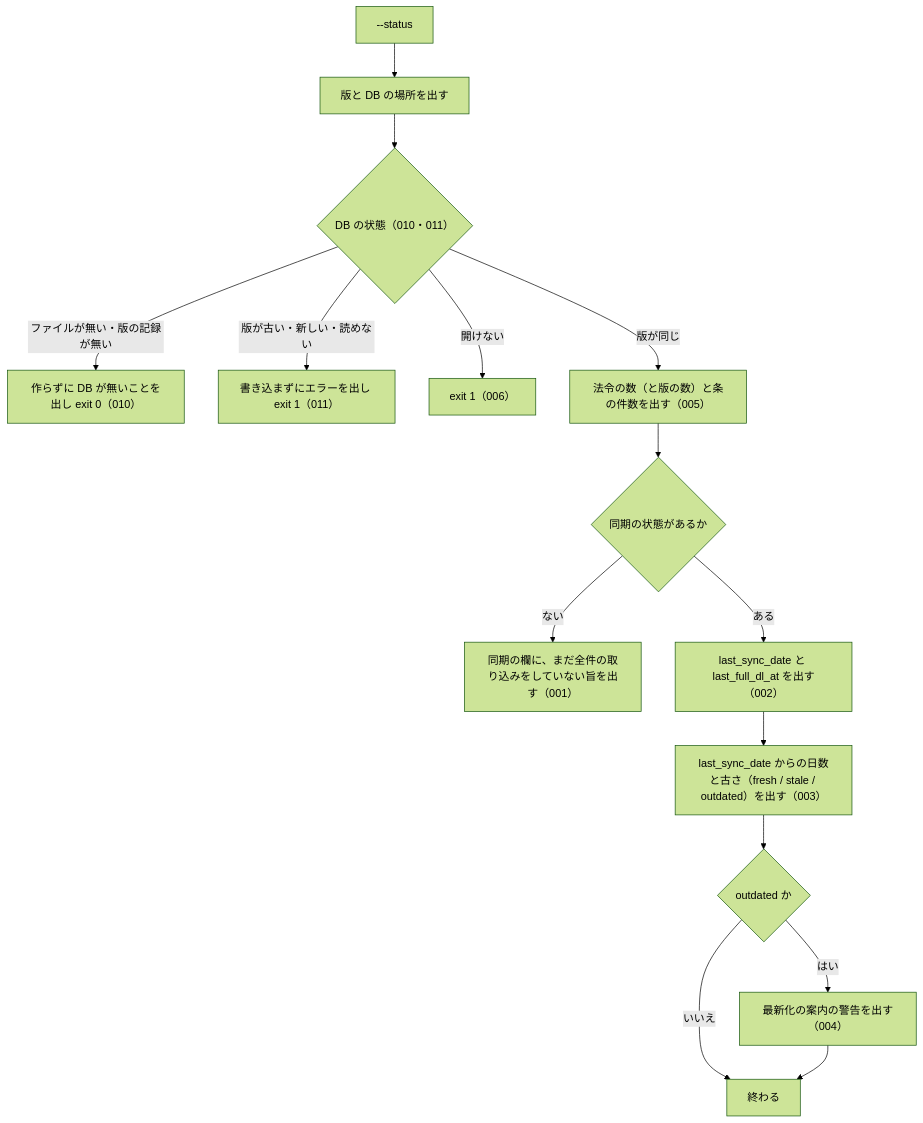
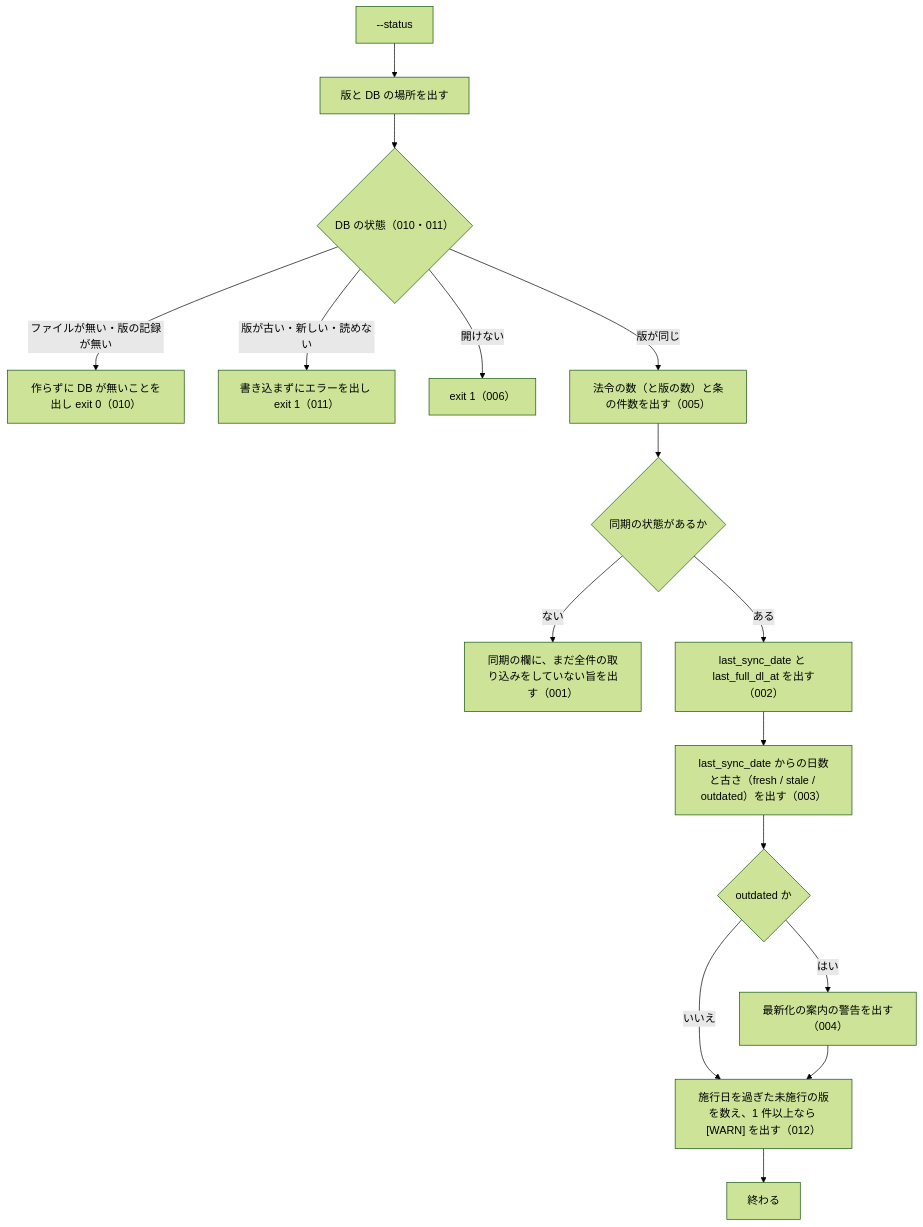
One commit to shuji-bonji/houki-egov-mcp changed the diagram in specs/current/cli_status/spec.md. Above: the diagram before and after it, drawn with Mermaid (forest theme). The commit also changed other lines of this file and 6 other files, not shown here.

````diff
--- a/specs/current/cli_status/spec.md
+++ b/specs/current/cli_status/spec.md
@@ -28,17 +28,18 @@
 ```mermaid
 flowchart TD
   A["--status"] --> A1["版と DB の場所を出す"]
   A1 --> V{"DB の状態（010・011）"}
   V -- "ファイルが無い・版の記録が無い" --> N0["作らずに DB が無いことを出し exit 0（010）"]
   V -- "版が古い・新しい・読めない" --> E0["書き込まずにエラーを出し exit 1（011）"]
   V -- "開けない" --> E1["exit 1（006）"]
   V -- "版が同じ" --> B["法令の数（と版の数）と条の件数を出す（005）"]
   B --> C{"同期の状態があるか"}
   C -- ない --> N["同期の欄に、まだ全件の取り込みをしていない旨を出す（001）"]
   C -- ある --> D["last_sync_date と last_full_dl_at を出す（002）"]
   D --> E["last_sync_date からの日数と古さ（fresh / stale / outdated）を出す（003）"]
   E --> F{"outdated か"}
   F -- はい --> W["最新化の案内の警告を出す（004）"]
-  F -- いいえ --> Z["終わる"]
-  W --> Z
+  F -- いいえ --> X["施行日を過ぎた未施行の版を数え、1 件以上なら [WARN] を出す（012）"]
+  W --> X
+  X --> Z["終わる"]
 ```
````
